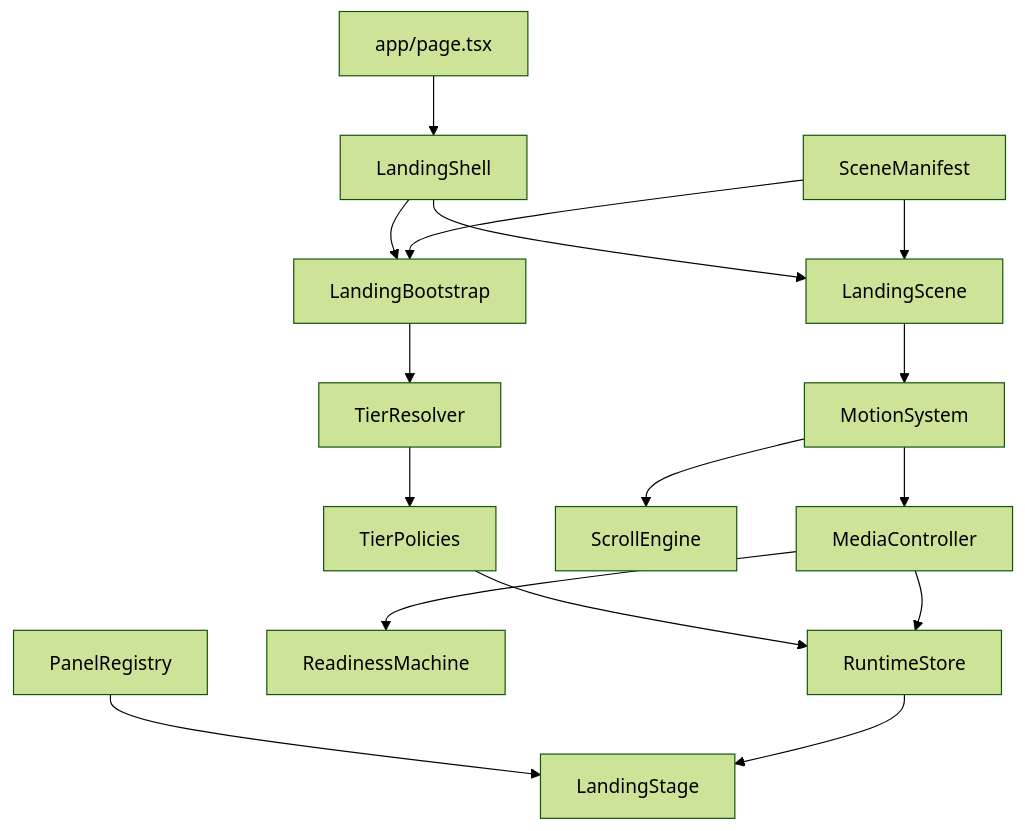
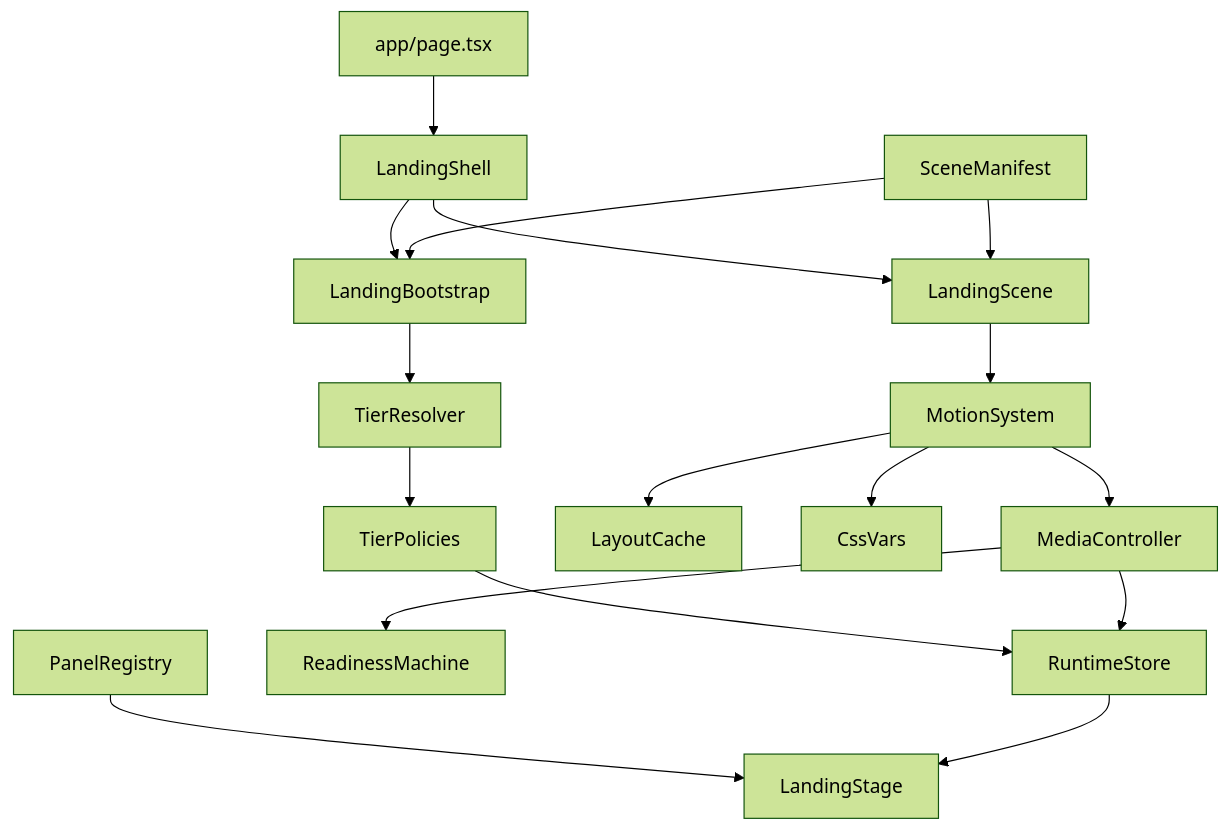
Before and after one commit to reqiii/wedding-landing: the first of 2 diagrams in ARCHITECTURE_OVERVIEW.md, drawn with Mermaid (forest theme). The commit also changed other lines of this file and 9 other files, not shown here.

````diff
--- a/ARCHITECTURE_OVERVIEW.md
+++ b/ARCHITECTURE_OVERVIEW.md
@@ -85,18 +89,19 @@
 ```mermaid
 flowchart TD
   AppPage["app/page.tsx"] --> LandingShell
   LandingShell --> LandingBootstrap
   LandingBootstrap --> TierResolver
   TierResolver --> TierPolicies
   TierPolicies --> RuntimeStore
   LandingShell --> LandingScene
   LandingScene --> MotionSystem
-  MotionSystem --> ScrollEngine
+  MotionSystem --> LayoutCache
+  MotionSystem --> CssVars
   MotionSystem --> MediaController
   MediaController --> ReadinessMachine
   MediaController --> RuntimeStore
   SceneManifest --> LandingBootstrap
   SceneManifest --> LandingScene
   PanelRegistry --> LandingStage
   RuntimeStore --> LandingStage
 ```
````
